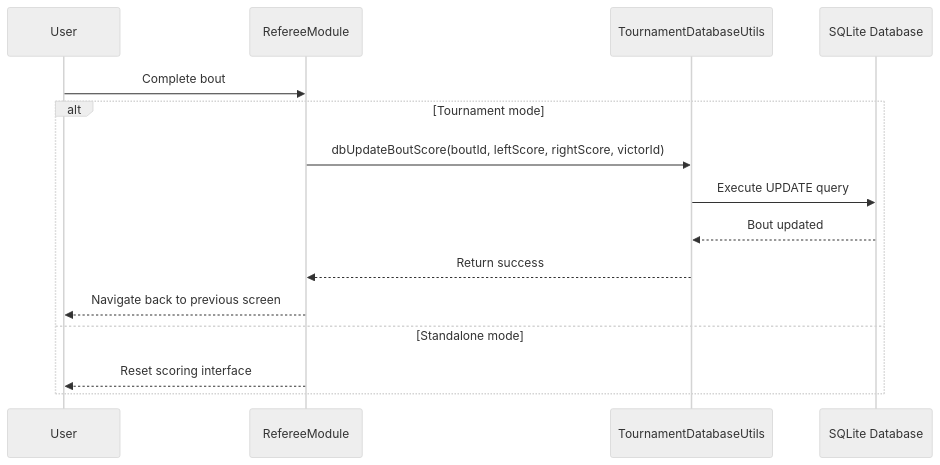
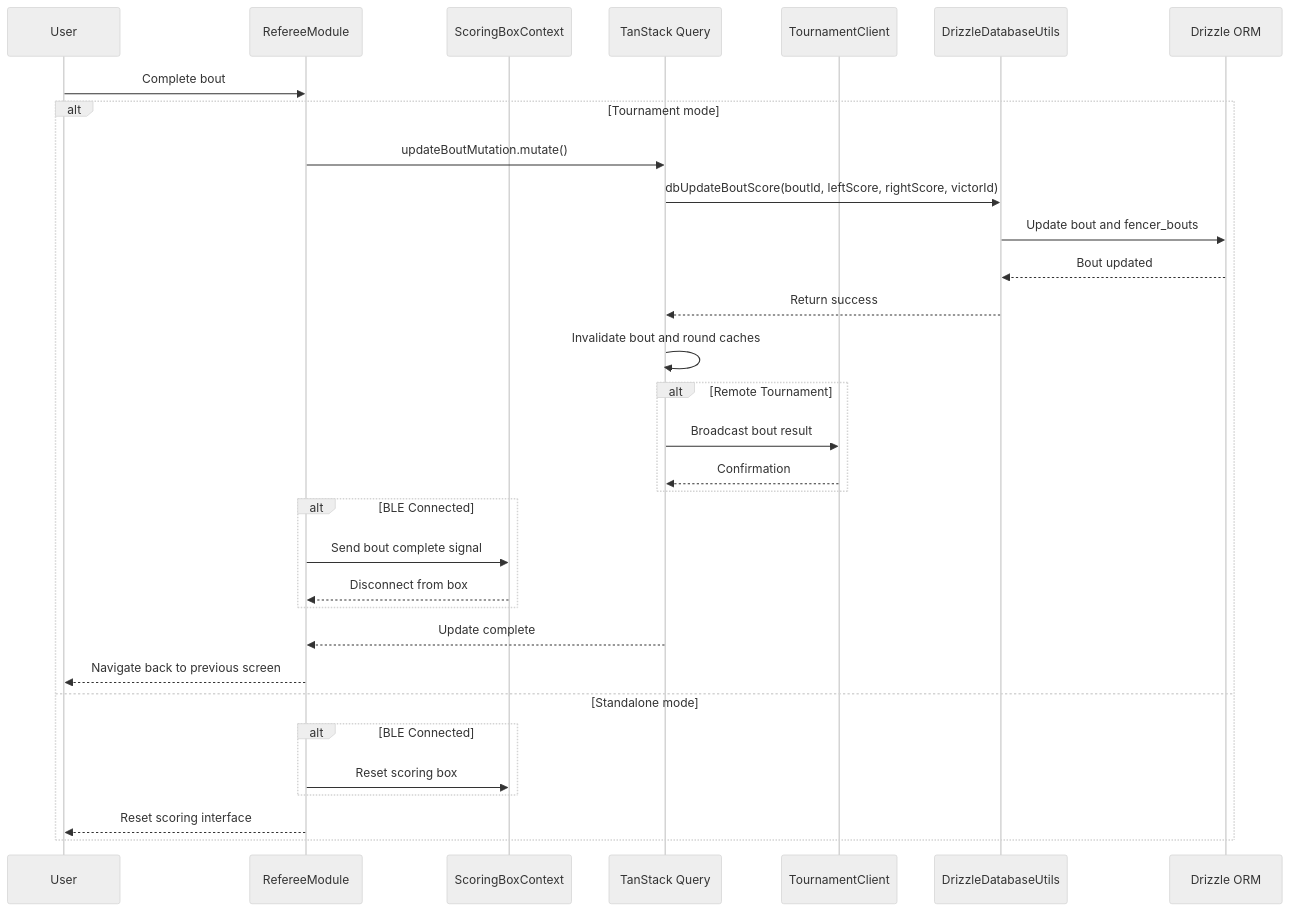
Diagram 20 of 38 in docs/Spring Quarter Deliverables/SDD.md (FencingSeniorDesign/client), drawn with Mermaid (neutral theme) before and after one commit. The commit also changed other lines of this file, not shown here.

````diff
--- a/docs/Spring Quarter Deliverables/SDD.md
+++ b/docs/Spring Quarter Deliverables/SDD.md
@@ -716,19 +769,39 @@
 ```mermaid
 sequenceDiagram
     participant User
     participant Referee as RefereeModule
-    participant DB as TournamentDatabaseUtils
-    participant SQLite as SQLite Database
+    participant BLE as ScoringBoxContext
+    participant Query as TanStack Query
+    participant Client as TournamentClient
+    participant DB as DrizzleDatabaseUtils
+    participant Drizzle as Drizzle ORM
 
     User->>Referee: Complete bout
 
     alt Tournament mode
-        Referee->>DB: dbUpdateBoutScore(boutId, leftScore, rightScore, victorId)
-        DB->>SQLite: Execute UPDATE query
-        SQLite-->>DB: Bout updated
-        DB-->>Referee: Return success
+        Referee->>Query: updateBoutMutation.mutate()
+        Query->>DB: dbUpdateBoutScore(boutId, leftScore, rightScore, victorId)
+        DB->>Drizzle: Update bout and fencer_bouts
+        Drizzle-->>DB: Bout updated
+        DB-->>Query: Return success
+        Query->>Query: Invalidate bout and round caches
+        
+        alt Remote Tournament
+            Query->>Client: Broadcast bout result
+            Client-->>Query: Confirmation
+        end
+        
+        alt BLE Connected
+            Referee->>BLE: Send bout complete signal
+            BLE-->>Referee: Disconnect from box
+        end
+        
+        Query-->>Referee: Update complete
         Referee-->>User: Navigate back to previous screen
     else Standalone mode
+        alt BLE Connected
+            Referee->>BLE: Reset scoring box
+        end
         Referee-->>User: Reset scoring interface
     end
 ```
````
